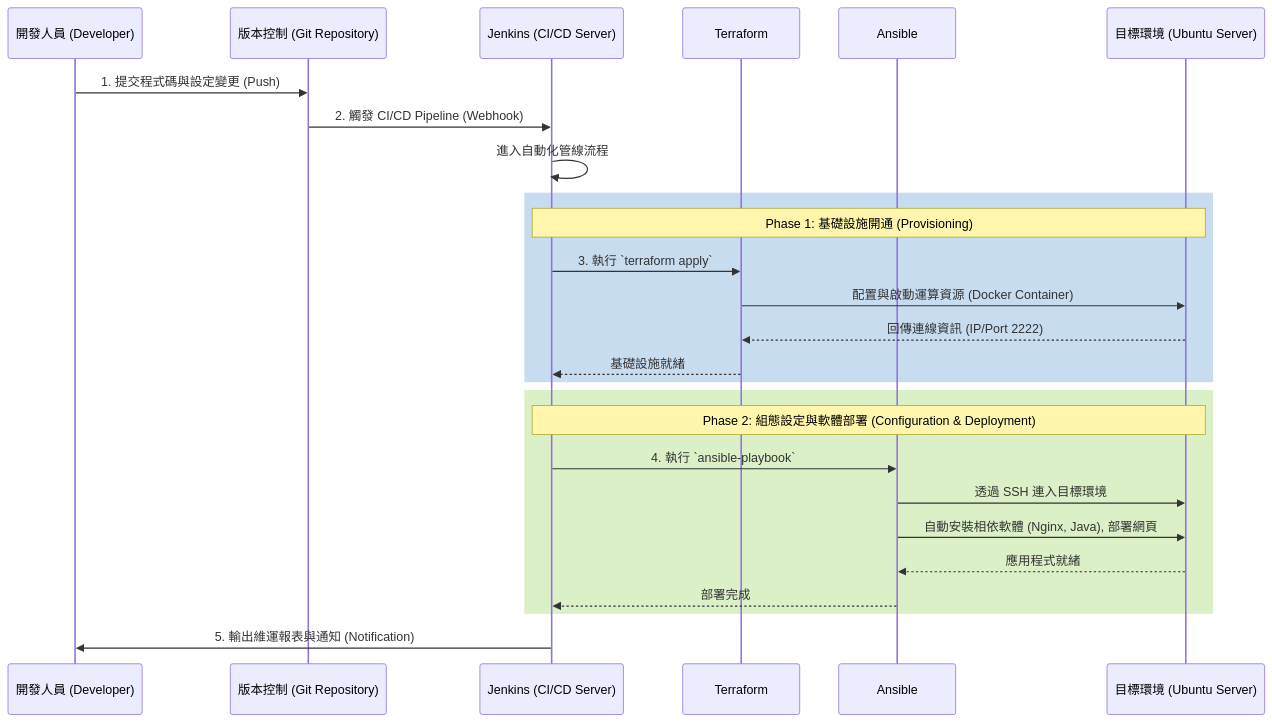
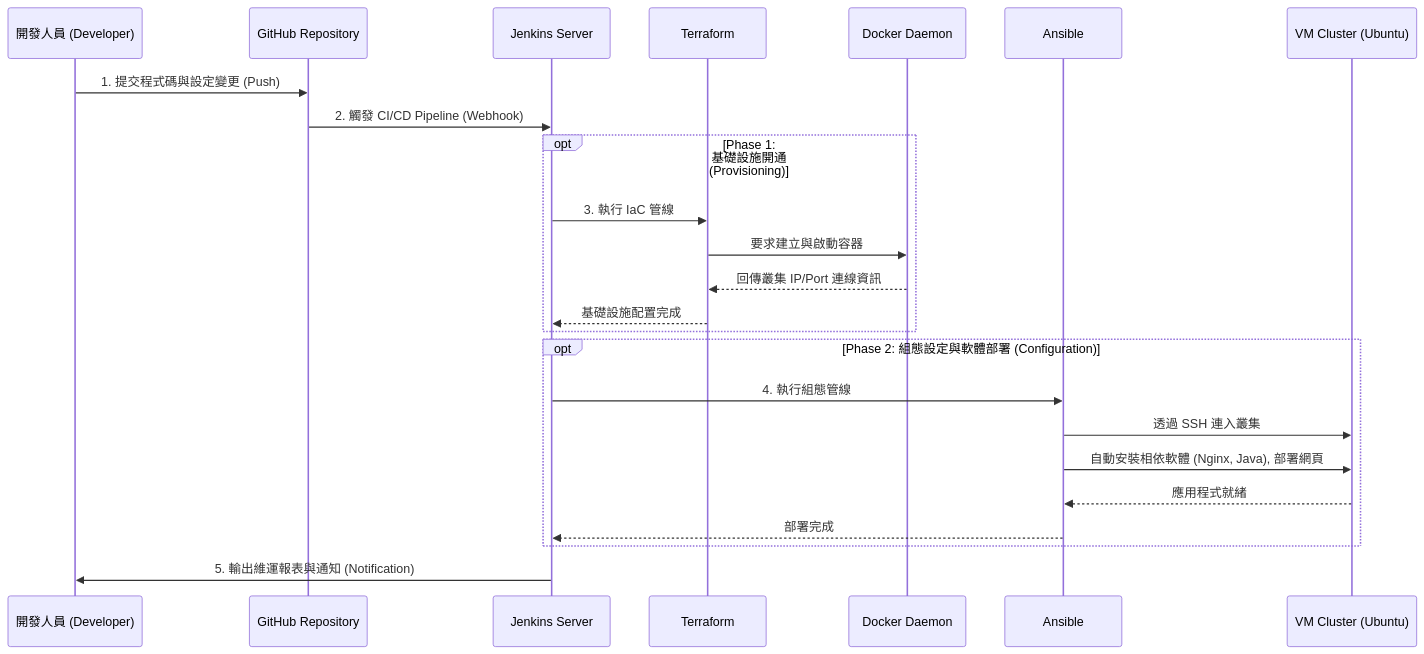
The second of 2 diagrams in README.md (JeffLin0225/Infra-Provisioning-Flow), drawn with Mermaid before and after one commit. The commit also changed other lines of this file and 3 other files, not shown here.

````diff
--- a/README.md
+++ b/README.md
@@ -71,32 +71,30 @@
 ```mermaid
 sequenceDiagram
     participant Dev as 開發人員 (Developer)
-    participant Git as 版本控制 (Git Repository)
-    participant Jenkins as Jenkins (CI/CD Server)
+    participant Git as GitHub Repository
+    participant Jenkins as Jenkins Server
     participant Terraform as Terraform
+    participant Docker as Docker Daemon
     participant Ansible as Ansible
-    participant Infra as 目標環境 (Ubuntu Server)
+    participant Infra as VM Cluster (Ubuntu)
 
     Dev->>Git: 1. 提交程式碼與設定變更 (Push)
     Git->>Jenkins: 2. 觸發 CI/CD Pipeline (Webhook)
-    Jenkins->>Jenkins: 進入自動化管線流程
     
-    rect rgb(200, 220, 240)
-        Note over Jenkins, Infra: Phase 1: 基礎設施開通 (Provisioning)
-        Jenkins->>Terraform: 3. 執行 `terraform apply`
-        Terraform->>Infra: 配置與啟動運算資源 (Docker Container)
-        Infra-->>Terraform: 回傳連線資訊 (IP/Port 2222)
-        Terraform-->>Jenkins: 基礎設施就緒
+    opt Phase 1: 基礎設施開通 (Provisioning)
+        Jenkins->>Terraform: 3. 執行 IaC 管線
+        Terraform->>Docker: 要求建立與啟動容器
+        Docker-->>Terraform: 回傳叢集 IP/Port 連線資訊
+        Terraform-->>Jenkins: 基礎設施配置完成
     end
     
-    rect rgb(220, 240, 200)
-        Note over Jenkins, Infra: Phase 2: 組態設定與軟體部署 (Configuration & Deployment)
-        Jenkins->>Ansible: 4. 執行 `ansible-playbook`
-        Ansible->>Infra: 透過 SSH 連入目標環境
+    opt Phase 2: 組態設定與軟體部署 (Configuration)
+        Jenkins->>Ansible: 4. 執行組態管線
+        Ansible->>Infra: 透過 SSH 連入叢集
         Ansible->>Infra: 自動安裝相依軟體 (Nginx, Java), 部署網頁
         Infra-->>Ansible: 應用程式就緒
         Ansible-->>Jenkins: 部署完成
     end
 
     Jenkins->>Dev: 5. 輸出維運報表與通知 (Notification)
 ```
````
